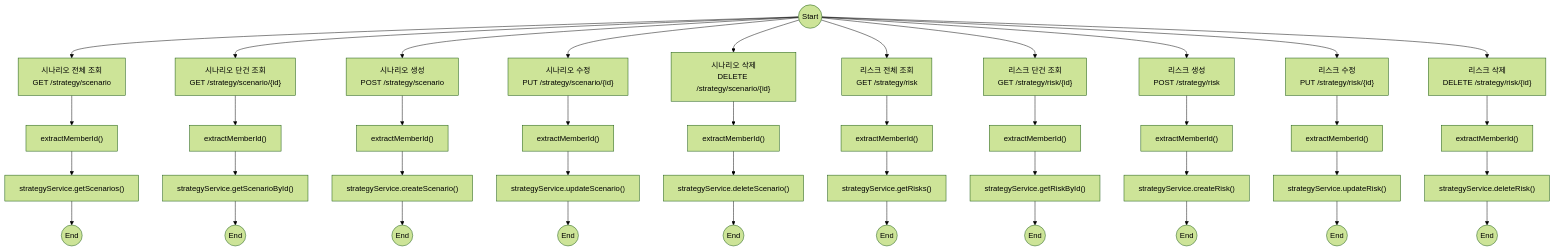
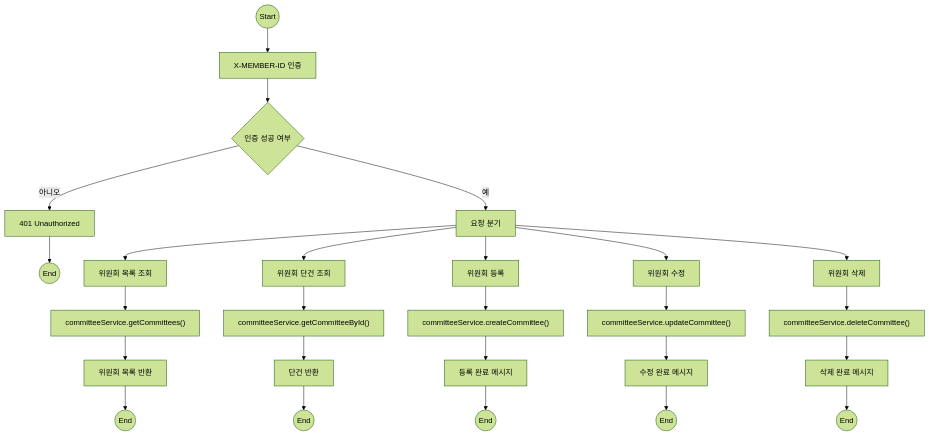
Before and after one commit to NextSpringMysqlMSA/tcfd-service: the first of 8 diagrams in README.md, drawn with Mermaid (forest theme). The commit also changed other lines of this file, not shown here.

Commit message:
refactor: flowchart 수정

````diff
--- a/README.md
+++ b/README.md
@@ -1,56 +1,40 @@
 ```mermaid
 flowchart TD
-    start((Start))
 
-%% 시나리오 분석
-    start --> scenarioGetAll["시나리오 전체 조회<br>GET /strategy/scenario"]
-    scenarioGetAll --> extractId1["extractMemberId()"]
-    extractId1 --> getScenarios["strategyService.getScenarios()"]
-    getScenarios --> end1((End))
+%% 공통 인증 처리
+    Start((Start))
+    Start --> Auth["X-MEMBER-ID 인증"]
+    Auth --> AuthCheck{"인증 성공 여부"}
+    AuthCheck -- "아니오" --> Error401["401 Unauthorized"] --> EndErr((End))
+    AuthCheck -- "예" --> Router["요청 분기"]
 
-    start --> scenarioGetById["시나리오 단건 조회<br>GET /strategy/scenario/{id}"]
-    scenarioGetById --> extractId2["extractMemberId()"]
-    extractId2 --> getScenarioById["strategyService.getScenarioById()"]
-    getScenarioById --> end2((End))
+%% 목록 조회
+    Router --> GetList["위원회 목록 조회"]
+    GetList --> SvcList["committeeService.getCommittees()"]
+    SvcList --> RespList["위원회 목록 반환"]
+    RespList --> End1((End))
 
-    start --> scenarioPost["시나리오 생성<br>POST /strategy/scenario"]
-    scenarioPost --> extractId3["extractMemberId()"]
-    extractId3 --> createScenario["strategyService.createScenario()"]
-    createScenario --> end3((End))
+%% 단건 조회
+    Router --> GetOne["위원회 단건 조회"]
+    GetOne --> SvcOne["committeeService.getCommitteeById()"]
+    SvcOne --> RespOne["단건 반환"]
+    RespOne --> End2((End))
 
-    start --> scenarioPut["시나리오 수정<br>PUT /strategy/scenario/{id}"]
-    scenarioPut --> extractId4["extractMemberId()"]
-    extractId4 --> updateScenario["strategyService.updateScenario()"]
-    updateScenario --> end4((End))
+%% 등록
+    Router --> Create["위원회 등록"]
+    Create --> SvcCreate["committeeService.createCommittee()"]
+    SvcCreate --> RespCreate["등록 완료 메시지"]
+    RespCreate --> End3((End))
 
-    start --> scenarioDelete["시나리오 삭제<br>DELETE /strategy/scenario/{id}"]
-    scenarioDelete --> extractId5["extractMemberId()"]
-    extractId5 --> deleteScenario["strategyService.deleteScenario()"]
-    deleteScenario --> end5((End))
+%% 수정
+    Router --> Update["위원회 수정"]
+    Update --> SvcUpdate["committeeService.updateCommittee()"]
+    SvcUpdate --> RespUpdate["수정 완료 메시지"]
+    RespUpdate --> End4((End))
 
-%% 리스크 식별
-    start --> riskGetAll["리스크 전체 조회<br>GET /strategy/risk"]
-    riskGetAll --> extractId6["extractMemberId()"]
-    extractId6 --> getRisks["strategyService.getRisks()"]
-    getRisks --> end6((End))
-
-    start --> riskGetById["리스크 단건 조회<br>GET /strategy/risk/{id}"]
-    riskGetById --> extractId7["extractMemberId()"]
-    extractId7 --> getRiskById["strategyService.getRiskById()"]
-    getRiskById --> end7((End))
-
-    start --> riskPost["리스크 생성<br>POST /strategy/risk"]
-    riskPost --> extractId8["extractMemberId()"]
-    extractId8 --> createRisk["strategyService.createRisk()"]
-    createRisk --> end8((End))
-
-    start --> riskPut["리스크 수정<br>PUT /strategy/risk/{id}"]
-    riskPut --> extractId9["extractMemberId()"]
-    extractId9 --> updateRisk["strategyService.updateRisk()"]
-    updateRisk --> end9((End))
-
-    start --> riskDelete["리스크 삭제<br>DELETE /strategy/risk/{id}"]
-    riskDelete --> extractId10["extractMemberId()"]
-    extractId10 --> deleteRisk["strategyService.deleteRisk()"]
-    deleteRisk --> end10((End))
+%% 삭제
+    Router --> Delete["위원회 삭제"]
+    Delete --> SvcDelete["committeeService.deleteCommittee()"]
+    SvcDelete --> RespDelete["삭제 완료 메시지"]
+    RespDelete --> End5((End))
 ```
````
